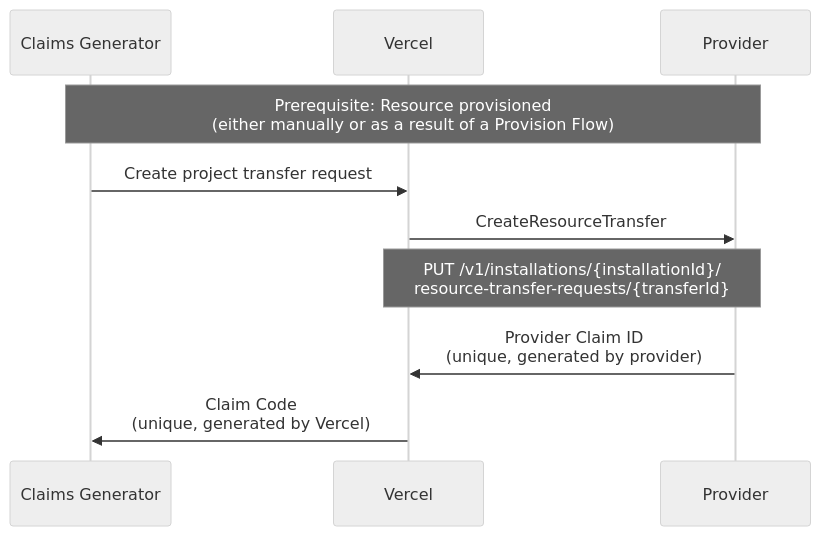
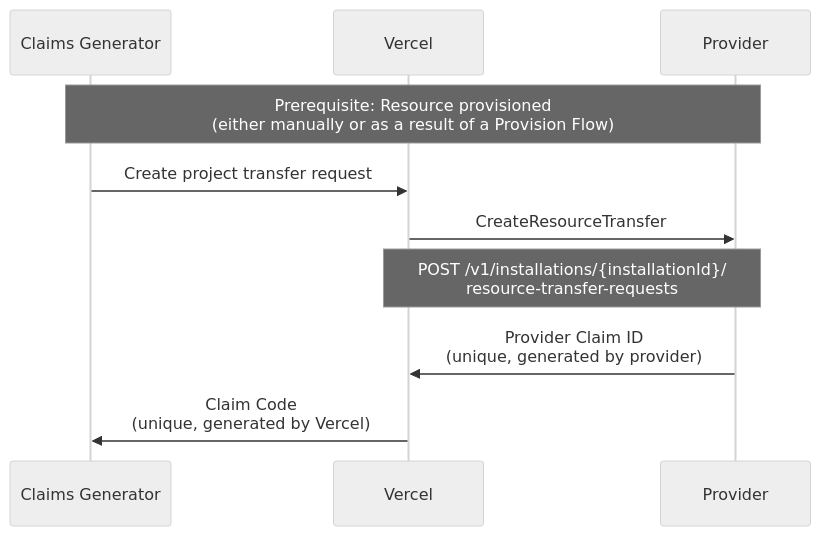
Before and after one commit to joeblackwaslike/agent-skills: diagram 13 of 14 in skills/working-with-vercel/references/docs__integrations__create-integration__marketplace-flows.md, drawn with Mermaid (neutral theme). The commit also changed other lines of this file and 1294 other files, not shown here.

````diff
--- a/skills/working-with-vercel/references/docs__integrations__create-integration__marketplace-flows.md
+++ b/skills/working-with-vercel/references/docs__integrations__create-integration__marketplace-flows.md
@@ -405,12 +405,12 @@
 ```mermaid
 sequenceDiagram
     participant Claims Generator
     participant Vercel
     participant Provider
     Note over Claims Generator,Provider: Prerequisite: Resource provisioned <br> (either manually or as a result of a Provision Flow)
     Claims Generator->>Vercel: Create project transfer request
     Vercel->>Provider: CreateResourceTransfer
-    Note over Vercel,Provider: PUT /v1/installations/{installationId}/<br>resource-transfer-requests/{transferId}
+    Note over Vercel,Provider: POST /v1/installations/{installationId}/<br>resource-transfer-requests
     Provider->>Vercel: Provider Claim ID<br>(unique, generated by provider)
     Vercel->>Claims Generator: Claim Code<br>(unique, generated by Vercel)
 ```
````
